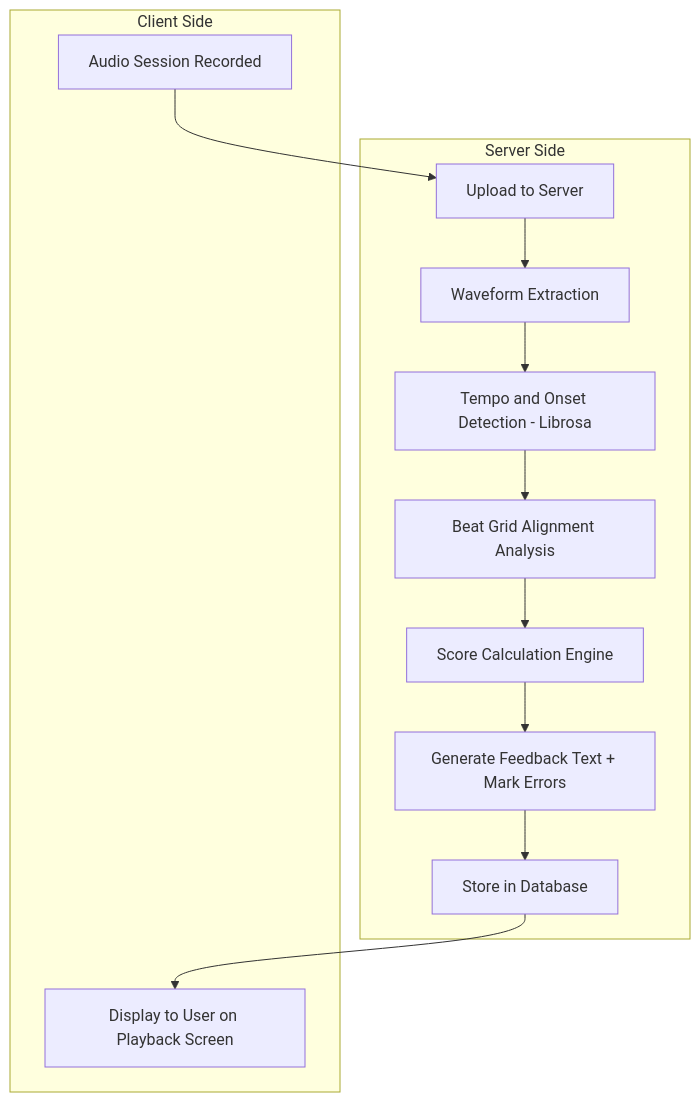
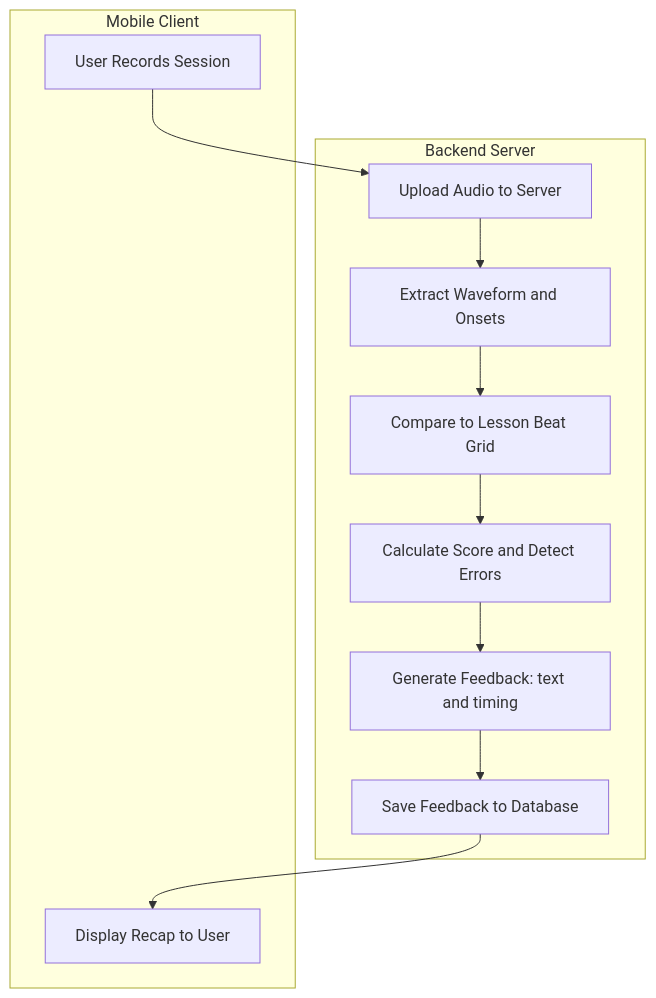
The eighth of 10 diagrams in Documents/Report.md (RemyCHARLES/Moonshot-Project), drawn with Mermaid before and after one commit. The commit also changed other lines of this file and 13 other files, not shown here.

````diff
--- a/Documents/Report.md
+++ b/Documents/Report.md
@@ -459,26 +788,24 @@
 ```mermaid
 graph TD
-    A[Audio Session Recorded] --> B[Upload to Server]
-    B --> C[Waveform Extraction]
-    C --> D[Tempo and Onset Detection - Librosa]
-    D --> E[Beat Grid Alignment Analysis]
-    E --> F[Score Calculation Engine]
-    F --> G[Generate Feedback Text + Mark Errors]
-    G --> H[Store in Database]
-    H --> I[Display to User on Playback Screen]
+    A[User Records Session] --> B[Upload Audio to Server]
+    B --> C[Extract Waveform and Onsets]
+    C --> D[Compare to Lesson Beat Grid]
+    D --> E[Calculate Score and Detect Errors]
+    E --> F[Generate Feedback: text and timing]
+    F --> G[Save Feedback to Database]
+    G --> H[Display Recap to User]
 
-    subgraph Server Side
+    subgraph Backend Server
       B
       C
       D
       E
       F
       G
+    end
+
+    subgraph Mobile Client
+      A
       H
     end
-
-    subgraph Client Side
-      A
-      I
-    end
 ```
````
